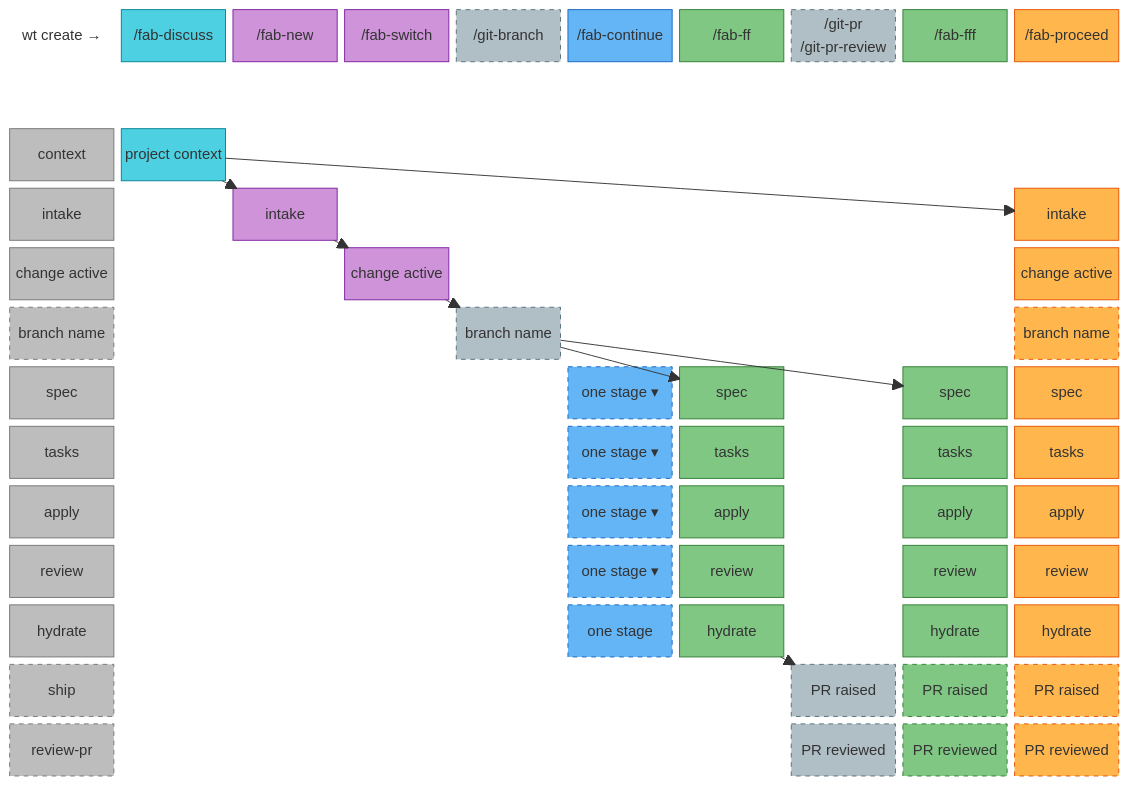
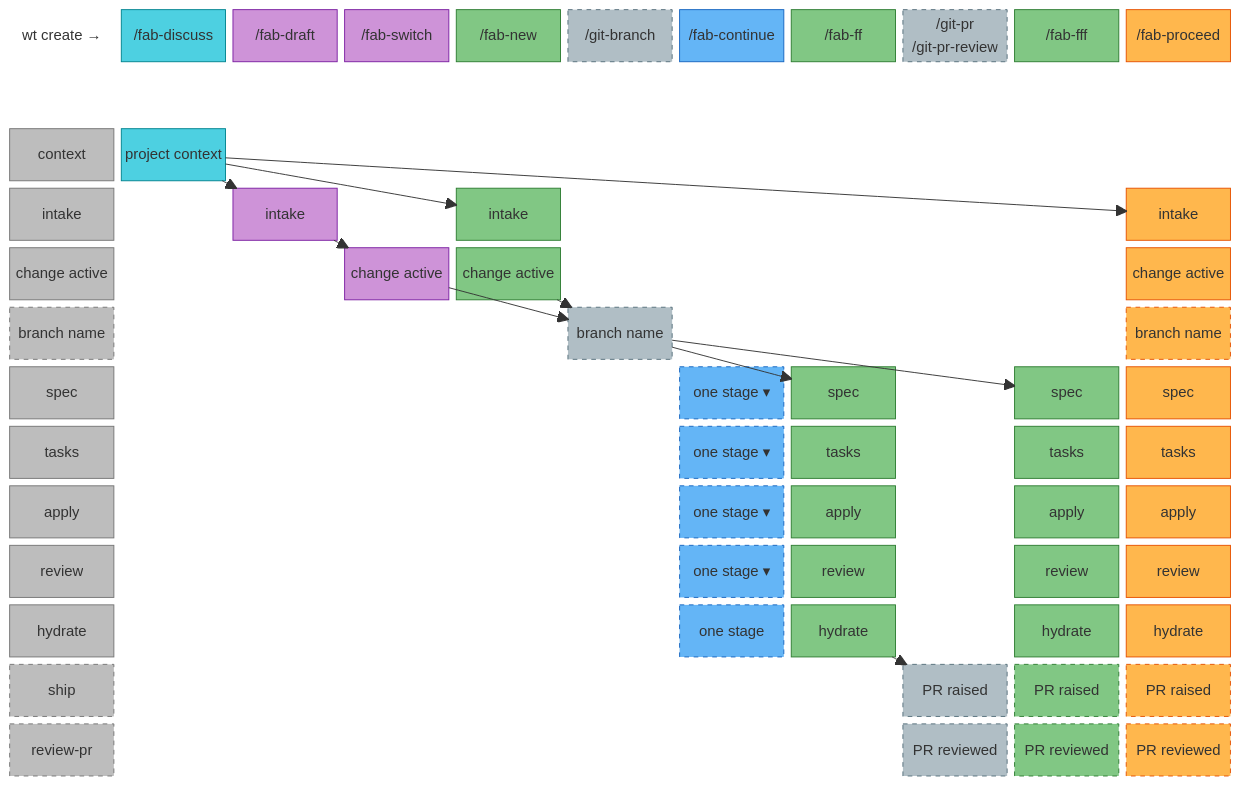
The second of 2 diagrams in README.md (wvrdz/fab-kit), drawn with Mermaid before and after one commit. The commit also changed 12 other files, not shown here.

First line of the commit message:
docs: add /fab-draft, make /fab-new auto-activate

````diff
--- a/README.md
+++ b/README.md
@@ -390,28 +390,30 @@
 ```mermaid
 block-beta
-    columns 11
+    columns 12
 
-    hdr_label["wt create →"]:1 header0["/fab-discuss"] header1["/fab-new"] header2["/fab-switch"] header3["/git-branch"] header4["/fab-continue"] header5["/fab-ff"] header6["/git-pr \n /git-pr-review"] header8["/fab-fff"] header9["/fab-proceed"] space:1
+    hdr_label["wt create →"]:1 header0["/fab-discuss"] header1["/fab-draft"] header2["/fab-switch"] headerN["/fab-new"] header3["/git-branch"] header4["/fab-continue"] header5["/fab-ff"] header6["/git-pr \n /git-pr-review"] header8["/fab-fff"] header9["/fab-proceed"] space:1
 
-    space:11
+    space:12
 
-    s01["context"]:1 d_ctx["project context"]:1 space:9
-    s11["intake"]:1 space:1 fn_in["intake"]:1 space:6 p_in["intake"]:1 space:1
-    s02["change active"]:1 space:2 sw_act["change active"]:1 space:1 space:4 p_sw["change active"]:1 space:1
-    s03["branch name"]:1 space:3 gb_br["branch name"]:1 space:4 p_br["branch name"]:1 space:1
-    s04["spec"]:1 space:4 c_stg["one stage ▾"]:1 ff_sp["spec"]:1 space:1 fff_sp["spec"]:1 p_sp["spec"]:1 space:1
-    s05["tasks"]:1 space:4 c_stg2["one stage ▾"]:1 ff_ta["tasks"]:1 space:1 fff_ta["tasks"]:1 p_ta["tasks"]:1 space:1
-    s06["apply"]:1 space:4 c_stg3["one stage ▾"]:1 ff_ap["apply"]:1 space:1 fff_ap["apply"]:1 p_ap["apply"]:1 space:1
-    s07["review"]:1 space:4 c_stg4["one stage ▾"]:1 ff_rv["review"]:1 space:1 fff_rv["review"]:1 p_rv["review"]:1 space:1
-    s08["hydrate"]:1 space:4 c_stg5["one stage"]:1 ff_hy["hydrate"]:1 space:1 fff_hy["hydrate"]:1 p_hy["hydrate"]:1 space:1
-    s09["ship"]:1 space:4 space:1 space:1 gp_sh["PR raised"]:1 fff_pr["PR raised"]:1 p_pr["PR raised"]:1 space:1
-    s10["review-pr"]:1 space:4 space:1 space:1 gp_rp["PR reviewed"]:1 fff_rp["PR reviewed"]:1 p_rp["PR reviewed"]:1 space:1
+    s01["context"]:1 d_ctx["project context"]:1 space:10
+    s11["intake"]:1 space:1 fd_in["intake"]:1 space:1 fnew_in["intake"]:1 space:5 p_in["intake"]:1 space:1
+    s02["change active"]:1 space:2 sw_act["change active"]:1 fnew_act["change active"]:1 space:1 space:4 p_sw["change active"]:1 space:1
+    s03["branch name"]:1 space:4 gb_br["branch name"]:1 space:4 p_br["branch name"]:1 space:1
+    s04["spec"]:1 space:5 c_stg["one stage ▾"]:1 ff_sp["spec"]:1 space:1 fff_sp["spec"]:1 p_sp["spec"]:1 space:1
+    s05["tasks"]:1 space:5 c_stg2["one stage ▾"]:1 ff_ta["tasks"]:1 space:1 fff_ta["tasks"]:1 p_ta["tasks"]:1 space:1
+    s06["apply"]:1 space:5 c_stg3["one stage ▾"]:1 ff_ap["apply"]:1 space:1 fff_ap["apply"]:1 p_ap["apply"]:1 space:1
+    s07["review"]:1 space:5 c_stg4["one stage ▾"]:1 ff_rv["review"]:1 space:1 fff_rv["review"]:1 p_rv["review"]:1 space:1
+    s08["hydrate"]:1 space:5 c_stg5["one stage"]:1 ff_hy["hydrate"]:1 space:1 fff_hy["hydrate"]:1 p_hy["hydrate"]:1 space:1
+    s09["ship"]:1 space:5 space:1 space:1 gp_sh["PR raised"]:1 fff_pr["PR raised"]:1 p_pr["PR raised"]:1 space:1
+    s10["review-pr"]:1 space:5 space:1 space:1 gp_rp["PR reviewed"]:1 fff_rp["PR reviewed"]:1 p_rp["PR reviewed"]:1 space:1
 
     %% Arrows — multiple paths from top-left to bottom-right
-    d_ctx --> fn_in
+    d_ctx --> fd_in
+    d_ctx --> fnew_in
     d_ctx --> p_in
-    fn_in --> sw_act
+    fd_in --> sw_act
     sw_act --> gb_br
+    fnew_act --> gb_br
     gb_br --> ff_sp
     gb_br --> fff_sp
     ff_hy --> gp_sh
@@ -421,6 +423,7 @@
     style header0 fill:#4dd0e1,stroke:#00838f,color:#1a1a1a
     style header1 fill:#ce93d8,stroke:#7B1FA2,color:#1a1a1a
     style header2 fill:#ce93d8,stroke:#7B1FA2,color:#1a1a1a
+    style headerN fill:#81c784,stroke:#2E7D32,color:#1a1a1a
     style header3 fill:#b0bec5,stroke:#546e7a,color:#1a1a1a,stroke-dasharray: 5 5
     style header4 fill:#64b5f6,stroke:#1565C0,color:#1a1a1a
     style header5 fill:#81c784,stroke:#2E7D32,color:#1a1a1a
@@ -444,11 +447,15 @@
     %% fab-discuss (Explore — teal)
     style d_ctx fill:#4dd0e1,stroke:#00838f,color:#1a1a1a
 
-    %% fab-new (Change lifecycle — purple)
-    style fn_in fill:#ce93d8,stroke:#7B1FA2,color:#1a1a1a
+    %% fab-draft (Change lifecycle — purple)
+    style fd_in fill:#ce93d8,stroke:#7B1FA2,color:#1a1a1a
 
     %% fab-switch (Change lifecycle — purple)
     style sw_act fill:#ce93d8,stroke:#7B1FA2,color:#1a1a1a
+
+    %% fab-new (Automation — green, creates intake + activates)
+    style fnew_in fill:#81c784,stroke:#2E7D32,color:#1a1a1a
+    style fnew_act fill:#81c784,stroke:#2E7D32,color:#1a1a1a
 
     %% git-branch (Git utilities — blue-grey)
     style gb_br fill:#b0bec5,stroke:#546e7a,color:#1a1a1a,stroke-dasharray: 5 5
````
